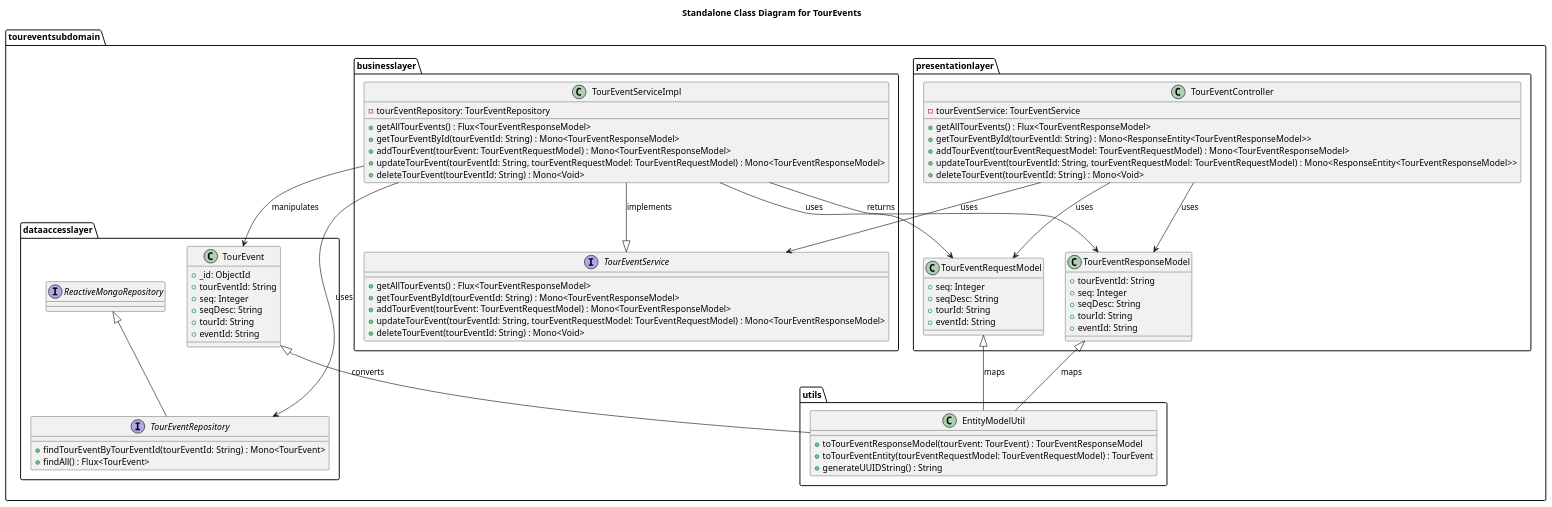
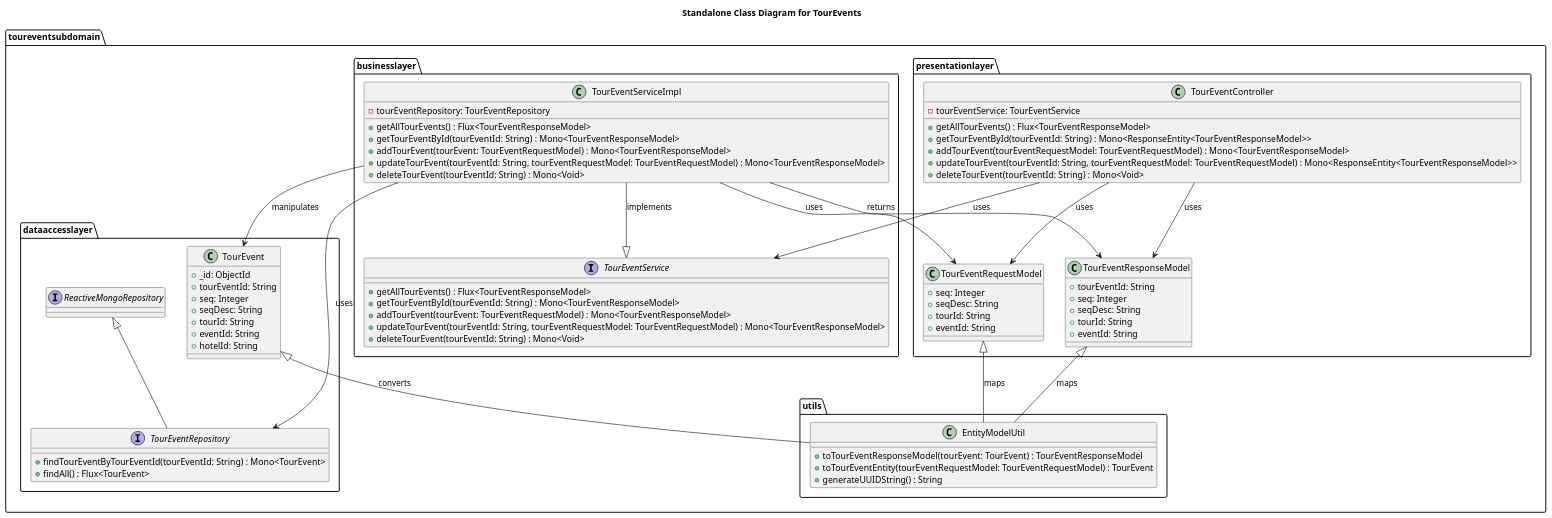
Before and after one commit to Hares-2088/TravelTrove: the diagram in diagrams/Design_Level_Class_Diagrams/Design_Class_Level_Diagrams/TourEvent.puml, drawn with PlantUML. The commit also changed 4 other files, not shown here.

Commit message:
diagram stuff

```diff
--- a/diagrams/Design_Level_Class_Diagrams/Design_Class_Level_Diagrams/TourEvent.puml
+++ b/diagrams/Design_Level_Class_Diagrams/Design_Class_Level_Diagrams/TourEvent.puml
@@ -1,89 +1,90 @@
 @startuml
 title Standalone Class Diagram for TourEvents
 
 package "toureventsubdomain" {
 
 
     package "businesslayer" {
         interface TourEventService {
             + getAllTourEvents() : Flux<TourEventResponseModel>
             + getTourEventById(tourEventId: String) : Mono<TourEventResponseModel>
             + addTourEvent(tourEvent: TourEventRequestModel) : Mono<TourEventResponseModel>
             + updateTourEvent(tourEventId: String, tourEventRequestModel: TourEventRequestModel) : Mono<TourEventResponseModel>
             + deleteTourEvent(tourEventId: String) : Mono<Void>
         }
 
         class TourEventServiceImpl {
             - tourEventRepository: TourEventRepository
             + getAllTourEvents() : Flux<TourEventResponseModel>
             + getTourEventById(tourEventId: String) : Mono<TourEventResponseModel>
             + addTourEvent(tourEvent: TourEventRequestModel) : Mono<TourEventResponseModel>
             + updateTourEvent(tourEventId: String, tourEventRequestModel: TourEventRequestModel) : Mono<TourEventResponseModel>
             + deleteTourEvent(tourEventId: String) : Mono<Void>
         }
     }
 
     package "dataaccesslayer" {
         class TourEvent {
             + _id: ObjectId
             + tourEventId: String
             + seq: Integer
             + seqDesc: String
             + tourId: String
             + eventId: String
+            + hotelId: String
         }
 
         interface TourEventRepository extends ReactiveMongoRepository {
             + findTourEventByTourEventId(tourEventId: String) : Mono<TourEvent>
             + findAll() : Flux<TourEvent>
         }
     }
 
     package "presentationlayer" {
         class TourEventRequestModel {
             + seq: Integer
             + seqDesc: String
             + tourId: String
             + eventId: String
         }
 
         class TourEventResponseModel {
             + tourEventId: String
             + seq: Integer
             + seqDesc: String
             + tourId: String
             + eventId: String
         }
 
         class TourEventController {
             - tourEventService: TourEventService
             + getAllTourEvents() : Flux<TourEventResponseModel>
             + getTourEventById(tourEventId: String) : Mono<ResponseEntity<TourEventResponseModel>>
             + addTourEvent(tourEventRequestModel: TourEventRequestModel) : Mono<TourEventResponseModel>
             + updateTourEvent(tourEventId: String, tourEventRequestModel: TourEventRequestModel) : Mono<ResponseEntity<TourEventResponseModel>>
             + deleteTourEvent(tourEventId: String) : Mono<Void>
         }
     }
 
     package "utils" {
         class EntityModelUtil {
             + toTourEventResponseModel(tourEvent: TourEvent) : TourEventResponseModel
             + toTourEventEntity(tourEventRequestModel: TourEventRequestModel) : TourEvent
             + generateUUIDString() : String
         }
     }
 
     TourEventServiceImpl -down-|> TourEventService : implements
     TourEventServiceImpl -down-> TourEventRepository : uses
     TourEventController -down-> TourEventService : uses
     TourEventController -down-> TourEventRequestModel : uses
     TourEventController -down-> TourEventResponseModel : uses
     TourEventServiceImpl -down-> TourEvent : manipulates
     TourEventServiceImpl -down-> TourEventRequestModel : uses
     TourEventServiceImpl -down-> TourEventResponseModel : returns
     EntityModelUtil -up-^ TourEvent : converts
     EntityModelUtil -up-^ TourEventRequestModel : maps
     EntityModelUtil -up-^ TourEventResponseModel : maps
 }
 
 @enduml
```
